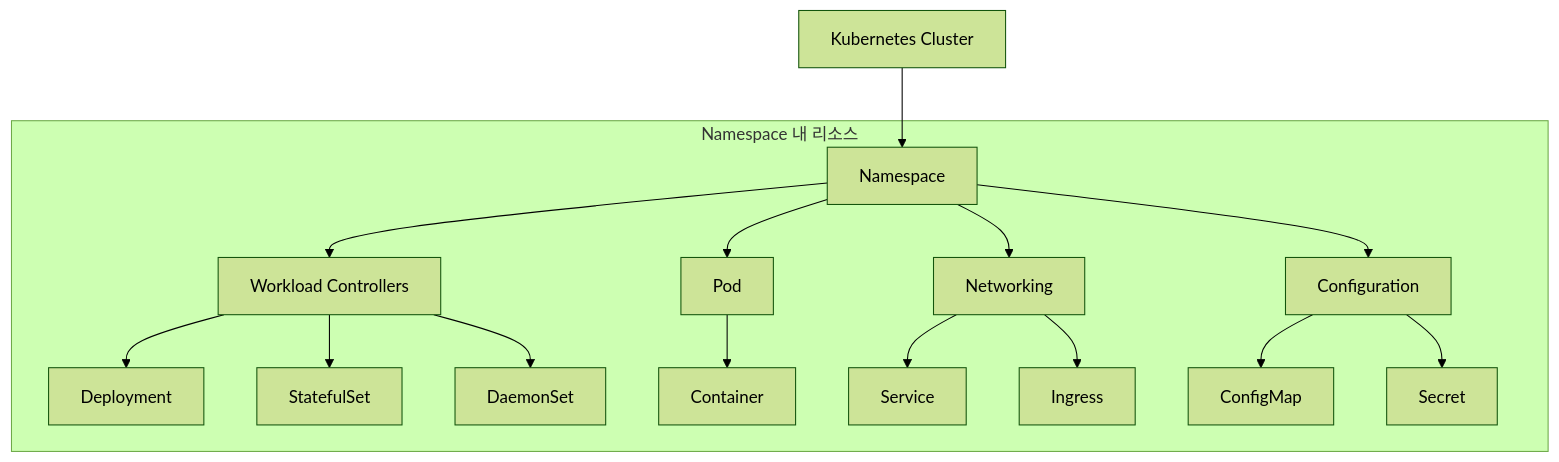
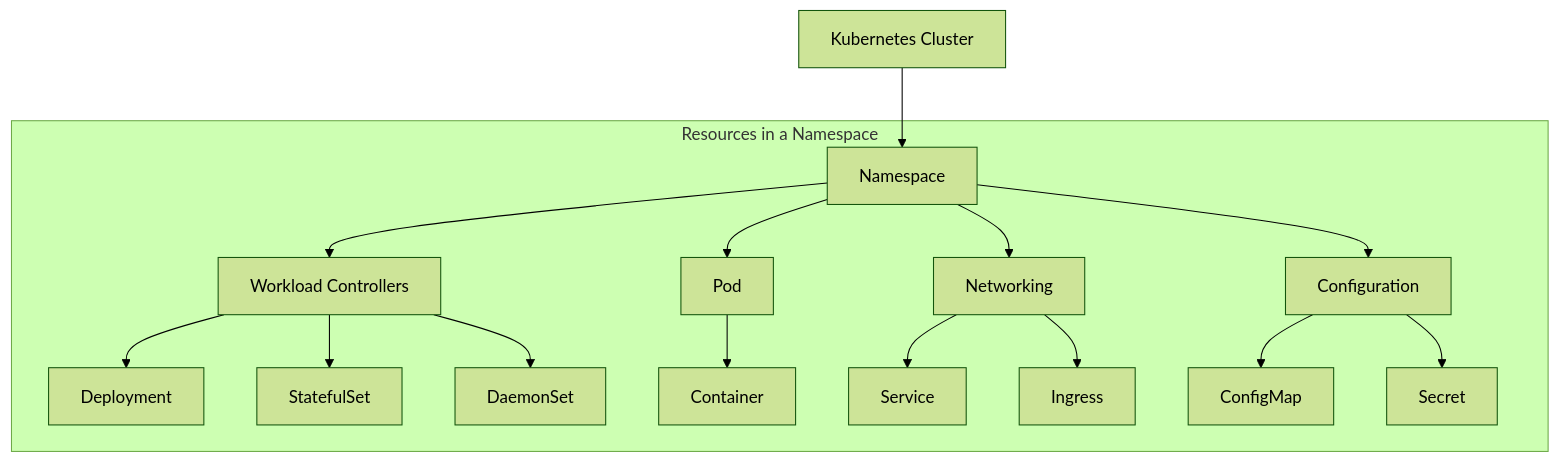
Before and after one commit to jeonck/k8s-adv: the diagram in content/basics/02-k8s-resources.md, drawn with Mermaid (forest theme). The commit also changed other lines of this file and 223 other files, not shown here.

````diff
--- a/content/basics/02-k8s-resources.md
+++ b/content/basics/02-k8s-resources.md
@@ -15,22 +15,22 @@
 ```mermaid
 graph TD
     Cluster[Kubernetes Cluster] --> NS[Namespace]
 
-    subgraph Resources[Namespace 내 리소스]
+    subgraph Resources["Resources in a Namespace"]
         NS --> Workload[Workload Controllers]
         Workload --> D[Deployment]
         Workload --> S[StatefulSet]
         Workload --> DS[DaemonSet]
 
         NS --> Pod[Pod]
         Pod --> C[Container]
 
         NS --> Net[Networking]
         Net --> SVC[Service]
         Net --> ING[Ingress]
 
         NS --> Config[Configuration]
         Config --> CM[ConfigMap]
         Config --> SEC[Secret]
     end
 ```
````
